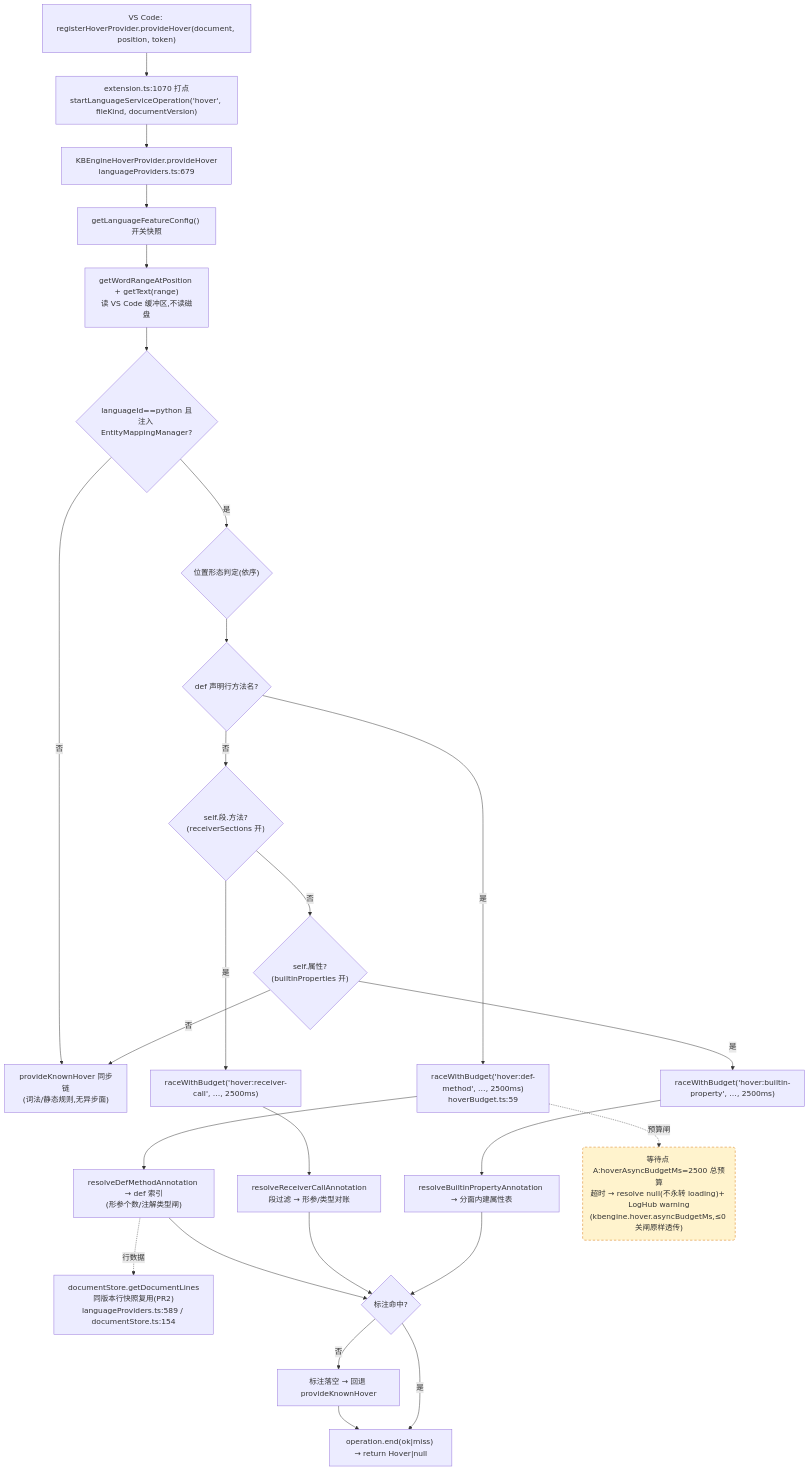
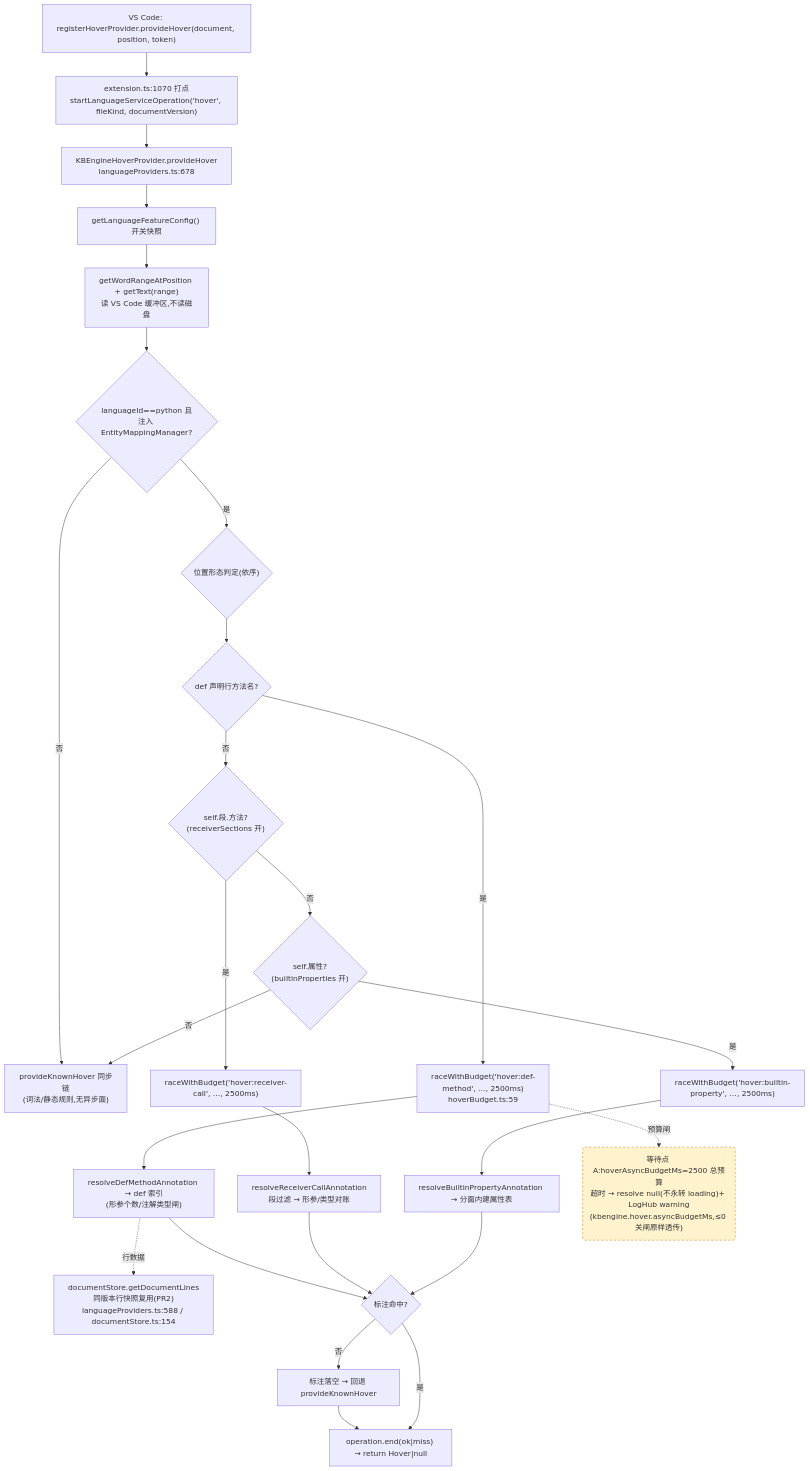
Before and after one commit to cuihairu/kode: the first of 4 diagrams in docs/perf/2026-baseline.md, drawn with Mermaid. The commit also changed other lines of this file and 3 other files, not shown here.

First line of the commit message:
refactor(arch): KODE-ARCH-001 step 2 — extract languageProviders/validation (pure move)

````diff
--- a/docs/perf/2026-baseline.md
+++ b/docs/perf/2026-baseline.md
@@ -82,45 +82,45 @@
 ```mermaid
 flowchart TD
   VC1["VS Code: registerHoverProvider.provideHover(document, position, token)"]
   M1["extension.ts:1070 打点<br/>startLanguageServiceOperation('hover', fileKind, documentVersion)"]
-  HP["KBEngineHoverProvider.provideHover<br/>languageProviders.ts:679"]
+  HP["KBEngineHoverProvider.provideHover<br/>languageProviders.ts:678"]
   CFG["getLanguageFeatureConfig() 开关快照"]
   WORD["getWordRangeAtPosition + getText(range)<br/>读 VS Code 缓冲区,不读磁盘"]
   BR{"languageId==python 且<br/>注入 EntityMappingManager?"}
   KN["provideKnownHover 同步链<br/>(词法/静态规则,无异步面)"]
   POS{"位置形态判定(依序)"}
   D1{"def 声明行方法名?"}
   D2{"self.段.方法?<br/>(receiverSections 开)"}
   D3{"self.属性?<br/>(builtinProperties 开)"}
   RA1["raceWithBudget('hover:def-method', …, 2500ms)<br/>hoverBudget.ts:59"]
   RA2["raceWithBudget('hover:receiver-call', …, 2500ms)"]
   RA3["raceWithBudget('hover:builtin-property', …, 2500ms)"]
   RS1["resolveDefMethodAnnotation → def 索引<br/>(形参个数/注解类型闸)"]
   RS2["resolveReceiverCallAnnotation<br/>段过滤 → 形参/类型对账"]
   RS3["resolveBuiltinPropertyAnnotation → 分面内建属性表"]
-  LINES["documentStore.getDocumentLines<br/>同版本行快照复用(PR2)<br/>languageProviders.ts:589 / documentStore.ts:154"]
+  LINES["documentStore.getDocumentLines<br/>同版本行快照复用(PR2)<br/>languageProviders.ts:588 / documentStore.ts:154"]
   MISS["标注落空 → 回退 provideKnownHover"]
   END1["operation.end(ok|miss) → return Hover|null"]
 
   VC1 --> M1 --> HP --> CFG --> WORD --> BR
   BR -- "否" --> KN
   BR -- "是" --> POS --> D1
   D1 -- "是" --> RA1 --> RS1
   D1 -- "否" --> D2
   D2 -- "是" --> RA2 --> RS2
   D2 -- "否" --> D3
   D3 -- "是" --> RA3 --> RS3
   D3 -- "否" --> KN
   RS1 --> HIT{"标注命中?"}
   RS2 --> HIT
   RS3 --> HIT
   RS1 -.->|行数据| LINES
   HIT -- "否" --> MISS --> END1
   HIT -- "是" --> END1
 
   WAITA("等待点 A:hoverAsyncBudgetMs=2500 总预算<br/>超时 → resolve null(不永转 loading)+ LogHub warning<br/>(kbengine.hover.asyncBudgetMs,≤0 关闸原样透传)")
   RA1 -.->|预算闸| WAITA
 
   classDef waitPoint fill:#fff3cd,stroke:#d97706,stroke-dasharray:5 4;
   class WAITA waitPoint;
 ```
````
